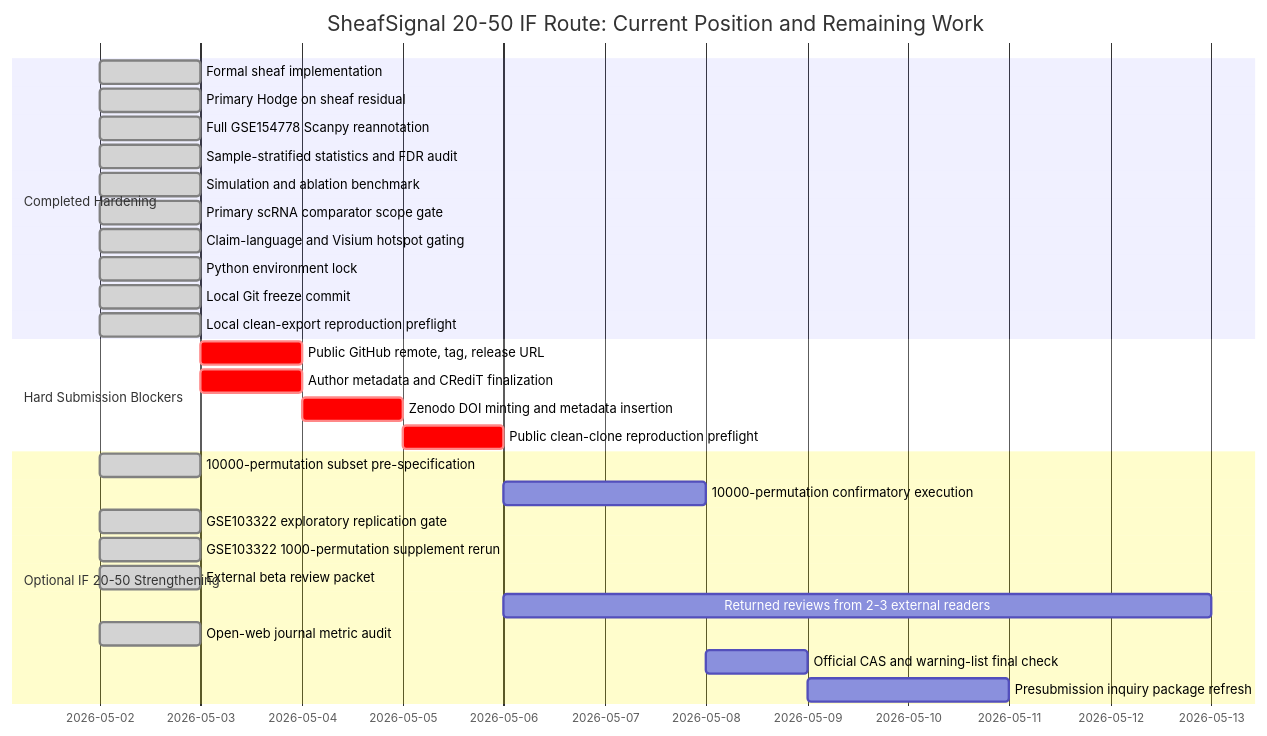
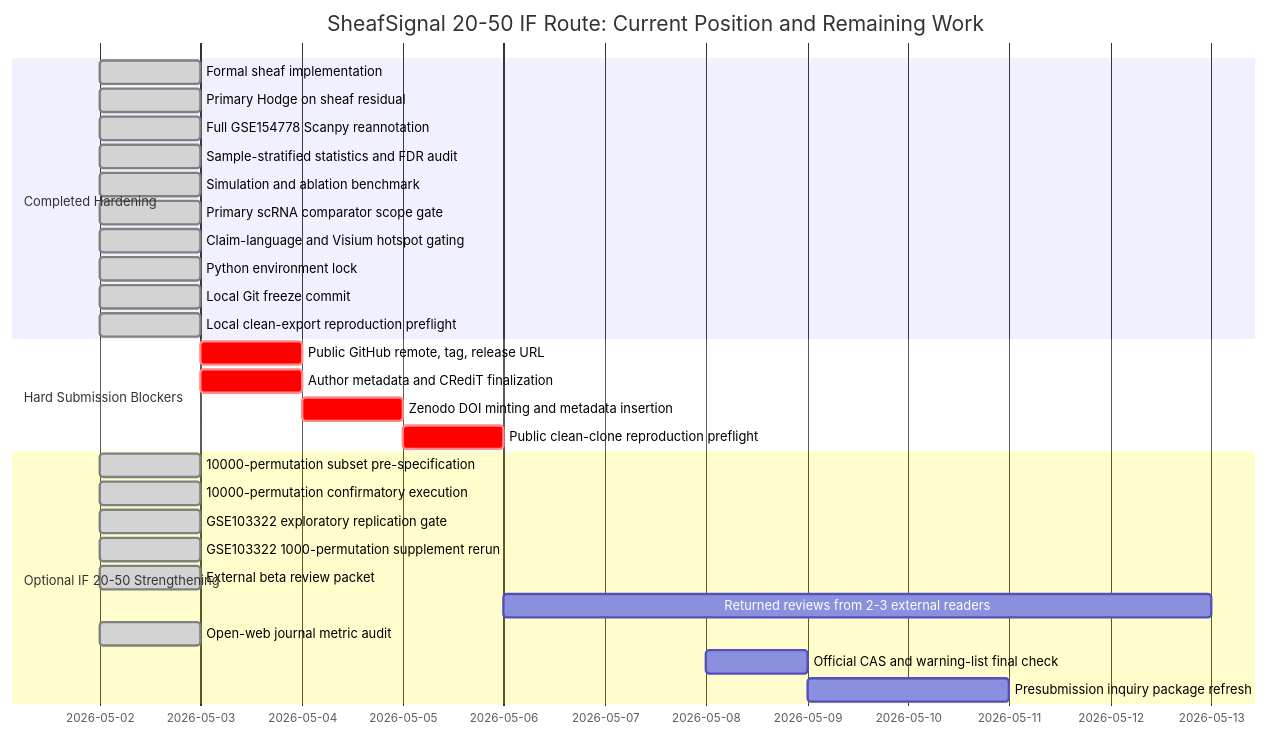
Before and after one commit to healthgreat/SheafSignal: the diagram in manuscript/IF20_50_DISTANCE_REPORT.md, drawn with Mermaid. The commit also changed other lines of this file and 31 other files, not shown here.

````diff
--- a/manuscript/IF20_50_DISTANCE_REPORT.md
+++ b/manuscript/IF20_50_DISTANCE_REPORT.md
@@ -62,34 +64,34 @@
 ```mermaid
 gantt
     title SheafSignal 20-50 IF Route: Current Position and Remaining Work
     dateFormat  YYYY-MM-DD
 
     section Completed Hardening
     Formal sheaf implementation                  :done, 2026-05-02, 1d
     Primary Hodge on sheaf residual              :done, 2026-05-02, 1d
     Full GSE154778 Scanpy reannotation           :done, 2026-05-02, 1d
     Sample-stratified statistics and FDR audit   :done, 2026-05-02, 1d
     Simulation and ablation benchmark            :done, 2026-05-02, 1d
     Primary scRNA comparator scope gate          :done, 2026-05-02, 1d
     Claim-language and Visium hotspot gating     :done, 2026-05-02, 1d
     Python environment lock                      :done, 2026-05-02, 1d
     Local Git freeze commit                      :done, 2026-05-02, 1d
     Local clean-export reproduction preflight    :done, 2026-05-02, 1d
 
     section Hard Submission Blockers
     Public GitHub remote, tag, release URL       :crit, 2026-05-03, 1d
     Author metadata and CRediT finalization      :crit, 2026-05-03, 1d
     Zenodo DOI minting and metadata insertion    :crit, 2026-05-04, 1d
     Public clean-clone reproduction preflight    :crit, 2026-05-05, 1d
 
     section Optional IF 20-50 Strengthening
     10000-permutation subset pre-specification   :done, 2026-05-02, 1d
-    10000-permutation confirmatory execution     :2026-05-06, 2d
+    10000-permutation confirmatory execution     :done, 2026-05-02, 1d
     GSE103322 exploratory replication gate       :done, 2026-05-02, 1d
     GSE103322 1000-permutation supplement rerun  :done, 2026-05-02, 1d
     External beta review packet                  :done, 2026-05-02, 1d
     Returned reviews from 2-3 external readers   :2026-05-06, 7d
     Open-web journal metric audit                :done, 2026-05-02, 1d
     Official CAS and warning-list final check    :2026-05-08, 1d
     Presubmission inquiry package refresh        :2026-05-09, 2d
 ```
````
